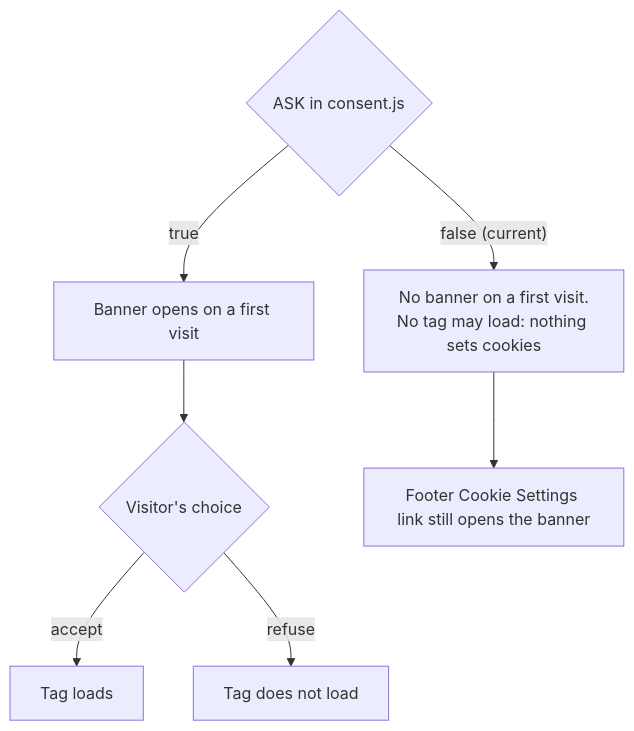
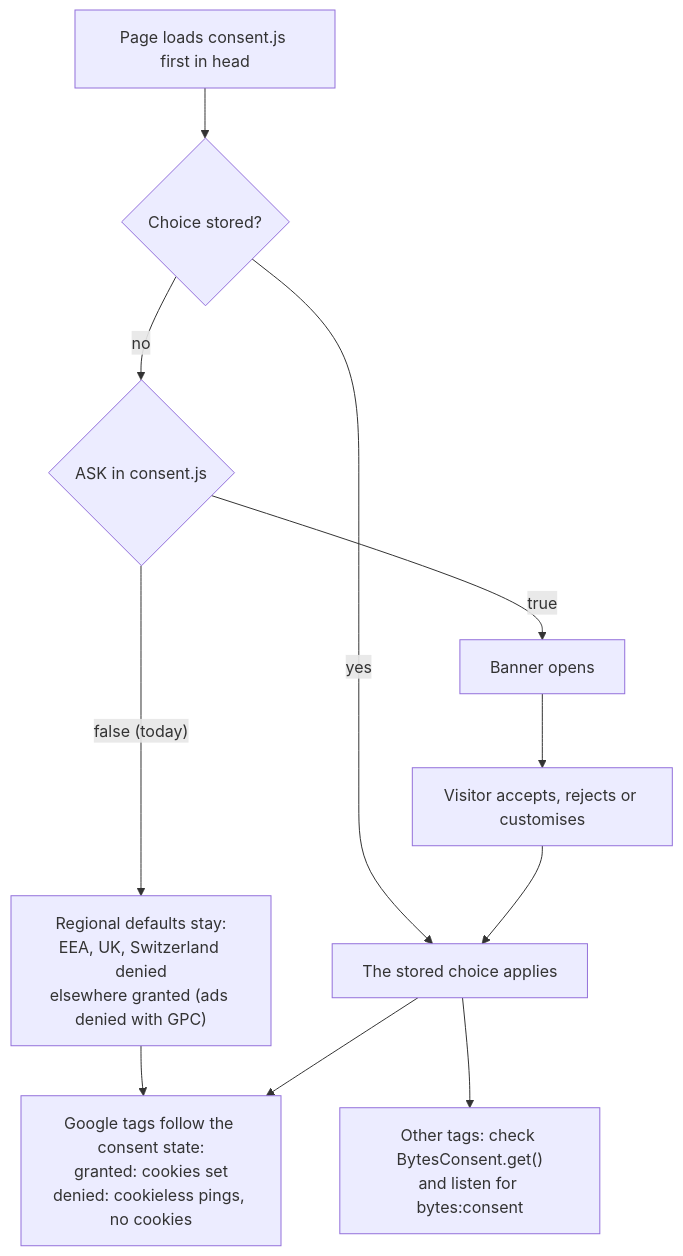
Before and after one commit to jared0565/Bytes-Web: the diagram in docs/how-to/add-a-tracking-tag.md, drawn with Mermaid. The commit also changed other lines of this file and 12 other files, not shown here.

````diff
--- a/docs/how-to/add-a-tracking-tag.md
+++ b/docs/how-to/add-a-tracking-tag.md
@@ -11,9 +26,12 @@
 ```mermaid
 flowchart TD
-  ask{"ASK in consent.js"} -- "false (current)" --> none["No banner on a first visit.<br/>No tag may load: nothing sets cookies"]
-  ask -- "true" --> banner["Banner opens on a first visit"]
-  banner --> choice{"Visitor's choice"}
-  choice -- accept --> load["Tag loads"]
-  choice -- refuse --> skip["Tag does not load"]
-  none --> settings["Footer Cookie Settings link still opens the banner"]
+  load["Page loads consent.js first in head"] --> stored{"Choice stored?"}
+  stored -- yes --> apply["The stored choice applies"]
+  stored -- no --> ask{"ASK in consent.js"}
+  ask -- "false (today)" --> defaults["Regional defaults stay:<br/>EEA, UK, Switzerland denied<br/>elsewhere granted (ads denied with GPC)"]
+  ask -- true --> banner["Banner opens"]
+  banner --> choice["Visitor accepts, rejects or customises"] --> apply
+  defaults --> google["Google tags follow the consent state:<br/>granted: cookies set<br/>denied: cookieless pings, no cookies"]
+  apply --> google
+  apply --> other["Other tags: check BytesConsent.get()<br/>and listen for bytes:consent"]
 ```
````
